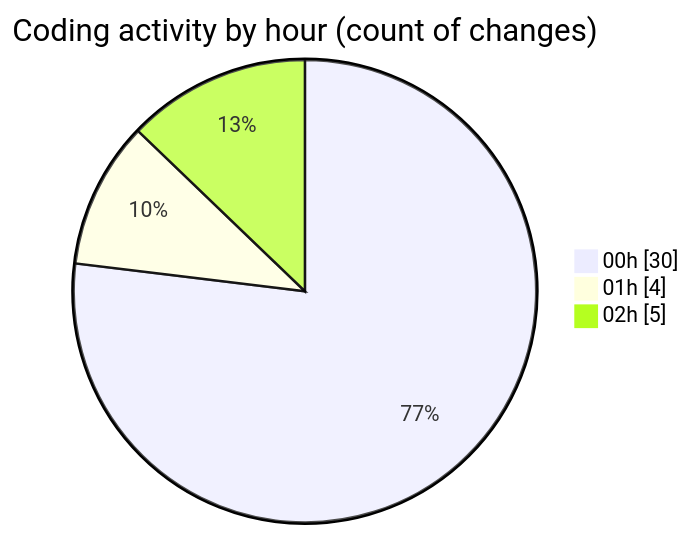
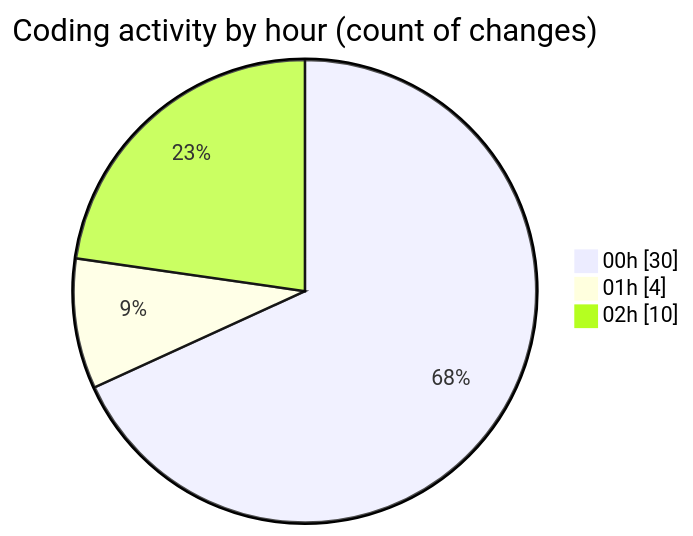
One commit to lephambinh05/code-tracking changed the second of 2 diagrams in 2025-08-07/napxuvn/README.md. Above: the diagram before and after it, drawn with Mermaid. The commit also changed other lines of this file and 1 other file, not shown here.

````diff
--- a/2025-08-07/napxuvn/README.md
+++ b/2025-08-07/napxuvn/README.md
@@ -52,7 +54,7 @@
 ```mermaid
 pie showData
 title Coding activity by hour (count of changes)
 "00h" : 30
 "01h" : 4
-"02h" : 5
+"02h" : 10
 ```
````
